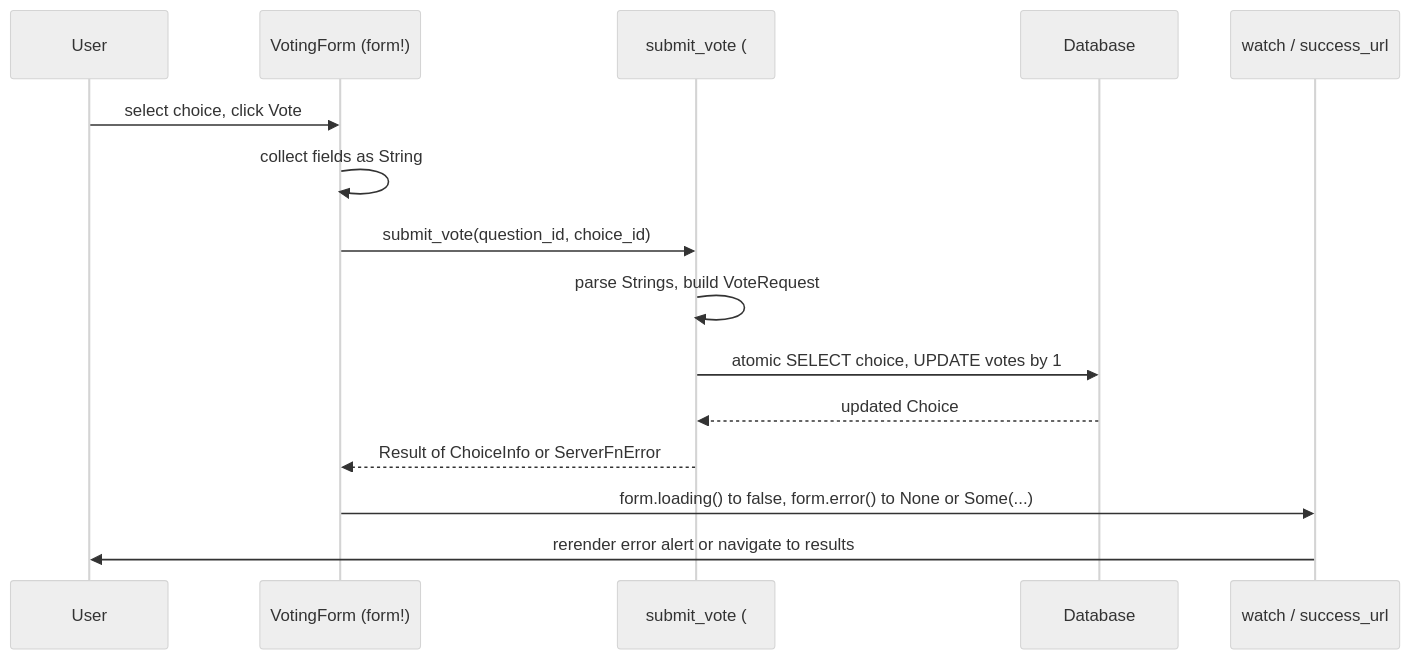
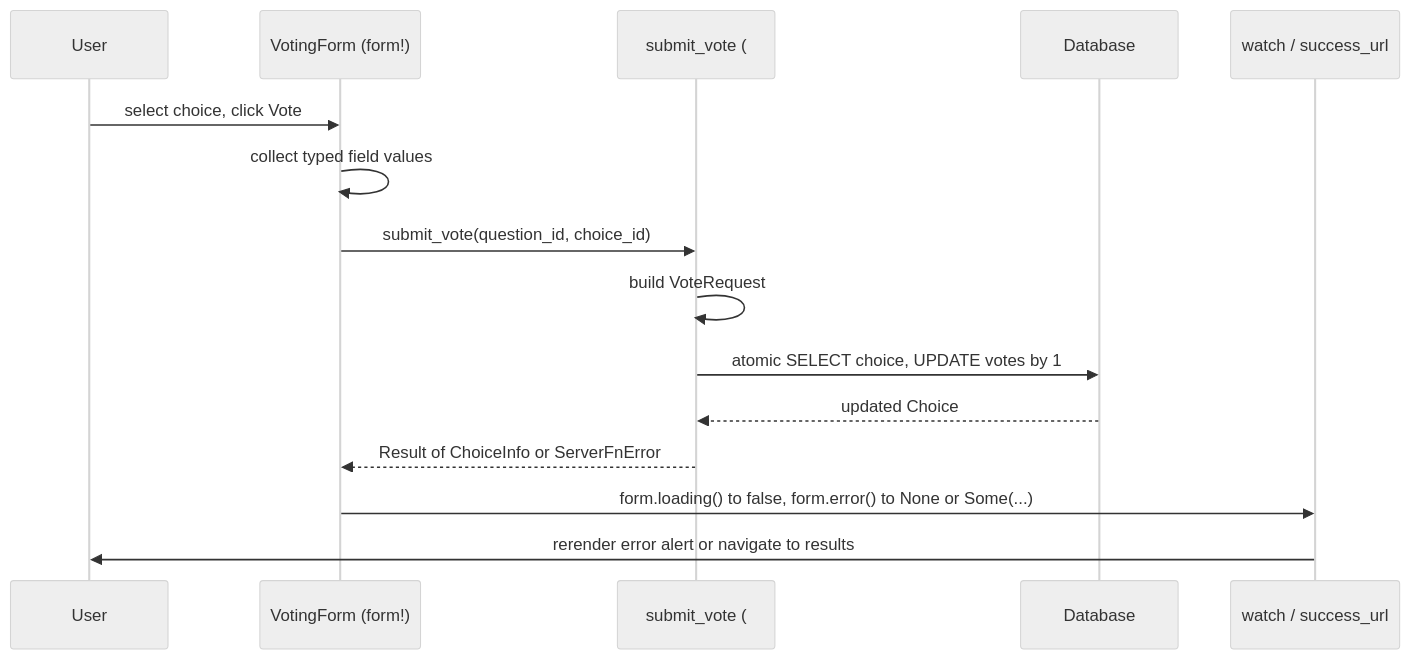
Before and after one commit to kent8192/reinhardt-web: the diagram in website/content/quickstart/tutorials/basis/4-forms-and-generic-views.md, drawn with Mermaid (neutral theme). The commit also changed other lines of this file and 37 other files, not shown here.

First line of the commit message:
docs(tutorial): align typed form examples

````diff
--- a/website/content/quickstart/tutorials/basis/4-forms-and-generic-views.md
+++ b/website/content/quickstart/tutorials/basis/4-forms-and-generic-views.md
@@ -522,18 +523,19 @@
 ```mermaid
+%% Diagram: Connecting Form Metadata + Resource Data: the Voting Lifecycle
 sequenceDiagram
     participant U as User
     participant F as VotingForm (form!)
     participant SF as submit_vote (#[server_fn])
     participant DB as Database
     participant W as watch / success_url
 
     U->>F: select choice, click Vote
-    F->>F: collect fields as String
+    F->>F: collect typed field values
     F->>SF: submit_vote(question_id, choice_id)
-    SF->>SF: parse Strings, build VoteRequest
+    SF->>SF: build VoteRequest
     SF->>DB: atomic SELECT choice, UPDATE votes by 1
     DB-->>SF: updated Choice
     SF-->>F: Result of ChoiceInfo or ServerFnError
     F->>W: form.loading() to false, form.error() to None or Some(...)
     W->>U: rerender error alert or navigate to results
 ```
````
